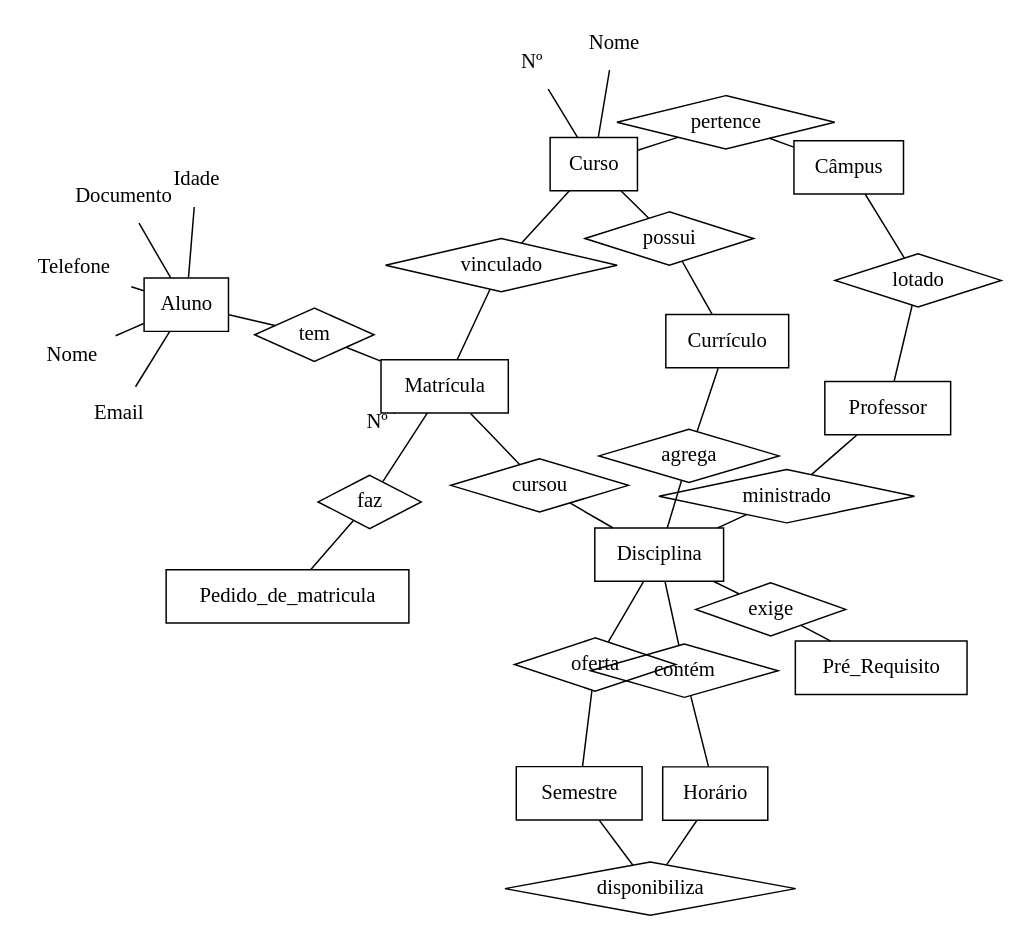
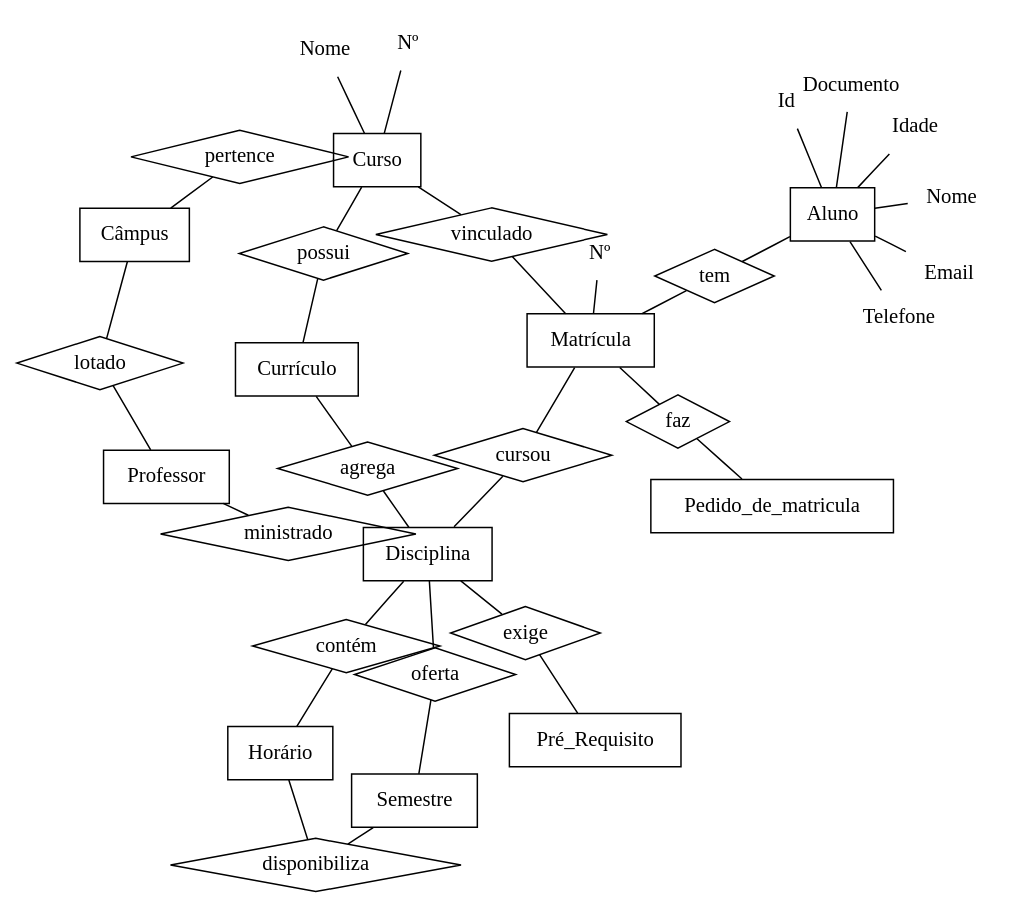
One commit to MariosAndre/IFSC-BCD-2016-2 changed the diagram in diagramaER.dot. Above: the diagram before and after it, drawn with Graphviz.

```diff
--- a/diagramaER.dot
+++ b/diagramaER.dot
@@ -1,125 +1,127 @@
 graph diagramaER {
   layout = neato
   layout = neato
  
   // Entidades
   Aluno [shape=record]
   Curso  [shape=record]
   Disciplina [shape=record]
   Horário [shape=record]
   Professor [shape=record]
   Matrícula [shape=record]
   Câmpus [shape=record]
   Currículo [shape=record]
   Semestre [shape=record]
   Pedido_de_matricula [shape=record]
   Pré_Requisito [shape=record]
  
   // Atributos
+  IdAluno [shape=plaintext,label="Id"]
   NomeAluno [shape=plaintext,label="Nome"]
   IdadeAluno [shape=plaintext,label="Idade"]
   DocumentoAluno [shape=plaintext,label="Documento"]
   TelefoneAluno [shape=plaintext,label="Telefone"]
   EmailAluno [shape=plaintext,label="Email"]
 
   NumeroMatrícula [shape=plaintext,label="Nº"]
 
   NomeCurso [shape=plaintext,label="Nome"]
   NumeroCurso [shape=plaintext,label="Nº"]
 
   
   /*Aula [shape=plaintext]
   CH [shape=plaintext]
   CHmínima [shape=plaintext]
   CódigoCurso [shape=plaintext,label="Código"]
   CódigoDisciplina [shape=plaintext,label="Código"]
   CPF [shape=plaintext]
   Dia [shape=plaintext]
   Fase [shape=plaintext]
   Matrícula [shape=plaintext]
   NomeAluno [shape=plaintext,label="Nome"]
   NomeCurso [shape=plaintext,label="Nome"]
   NomeProfessor [shape=plaintext,label="Nome"]
   SemanaAB [shape=plaintext,label="Semana AB"]
   Semestre [shape=plaintext]
   SIAPE [shape=plaintext]
   Turno [shape=plaintext]*/
 
     // Verbos
     tem [shape=diamond]
     cursou [shape=diamond]
     faz [shape=diamond]
     vinculado [shape=diamond]
     pertence [shape=diamond]
     possui [shape=diamond]
     lotado [shape=diamond]
     agrega [shape=diamond]
     ministrado [shape=diamond]
     oferta [shape=diamond]
     contém [shape=diamond]
     exige [shape=diamond]
     disponibiliza [shape=diamond]
  
   //Relacionamentos
   /*Calendário [shape=diamond]
   Estuda [shape=diamond]
   Grade [shape=diamond]
   Leciona [shape=diamond]
   PréRequisito [shape=diamond]
   ProcessoDeMatrícula [shape=diamond]*/
 
   //Ligações
+  Aluno -- IdAluno
   Aluno -- NomeAluno
   Aluno -- IdadeAluno
   Aluno -- DocumentoAluno
   Aluno -- TelefoneAluno
   Aluno -- EmailAluno
 
   Matrícula -- NumeroMatrícula
 
   Curso -- NomeCurso
   Curso -- NumeroCurso
   /*Aluno -- CPF
   Aluno -- Estuda [label="0..N"]
   
   Aluno -- ProcessoDeMatrícula [label="0..N"]
   Curso -- CódigoCurso
   Curso -- Estuda [label="0..N"]
   Curso -- Grade [label="1"]
   Curso -- NomeCurso
   Disciplina -- Calendário [label="1"]
   Disciplina -- CH
   Disciplina -- CHmínima
   Disciplina -- CódigoDisciplina
   Disciplina -- Fase
   Disciplina -- Grade [label="0..N"]
   Disciplina -- Leciona [label="0..N"]
   Disciplina -- PréRequisito [label="0..N"]
   Disciplina -- PréRequisito [label="1"]
   Disciplina -- ProcessoDeMatrícula [label="0..N"]
   Estuda -- Matrícula
   Horário -- Aula
   Horário -- Calendário [label="0..N"]
   Horário -- Dia
   Horário -- SemanaAB
   Horário -- Semestre
   Horário -- Turno
   Professor -- Leciona [label="0..1"]
   Professor -- NomeProfessor
   Professor -- SIAPE*/
     
     // Ligações
     Aluno -- tem -- Matrícula
     Matrícula -- cursou -- Disciplina
     Matrícula -- faz -- Pedido_de_matricula
     Matrícula -- vinculado -- Curso
     Curso -- pertence -- Câmpus
     Curso -- possui -- Currículo
     Professor -- lotado -- Câmpus
     Disciplina -- ministrado -- Professor
     Currículo -- agrega -- Disciplina
     Semestre -- oferta -- Disciplina
     Semestre -- disponibiliza -- Horário
     Disciplina -- contém -- Horário
     Disciplina -- exige -- Pré_Requisito
 }
```
